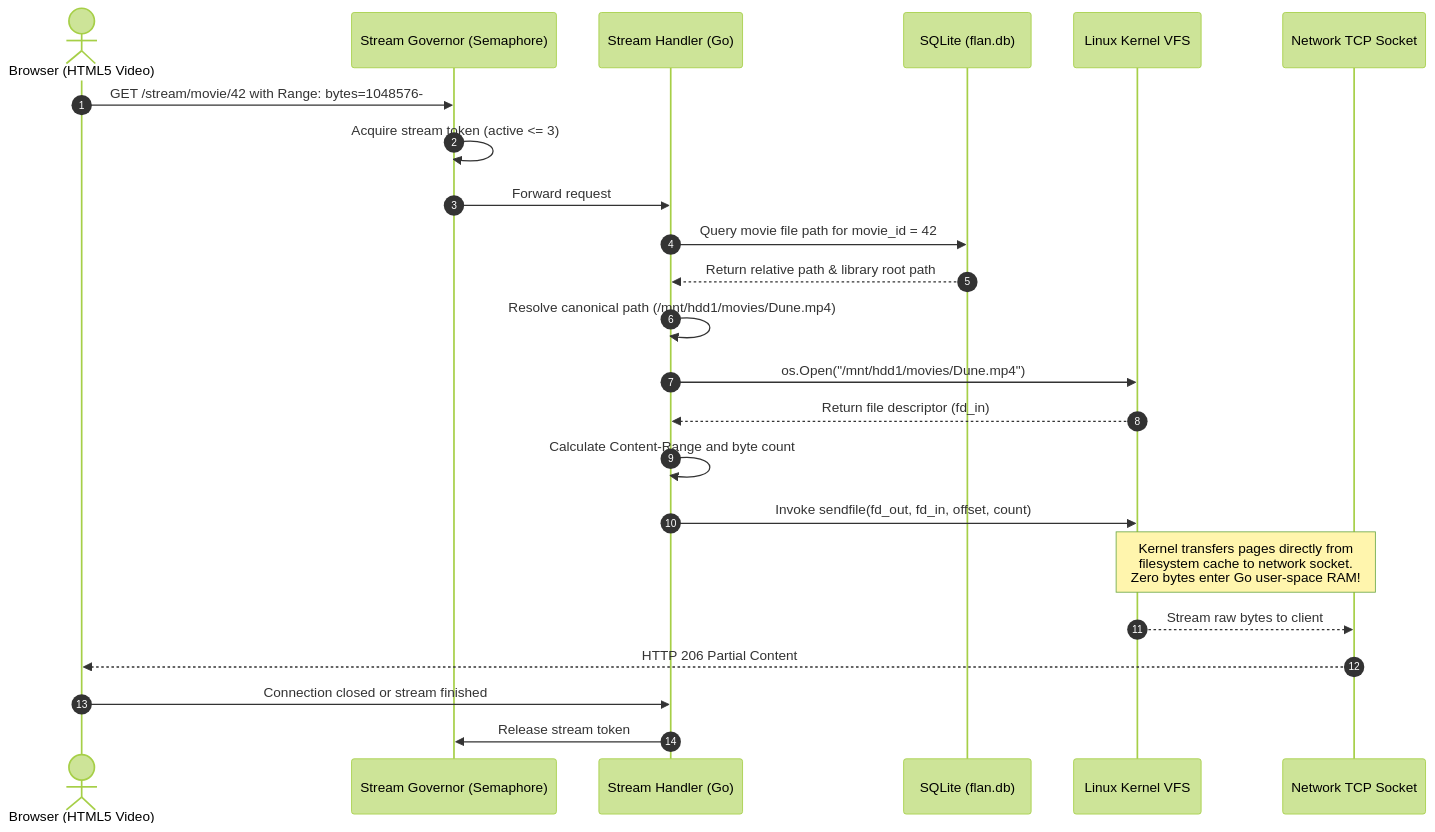
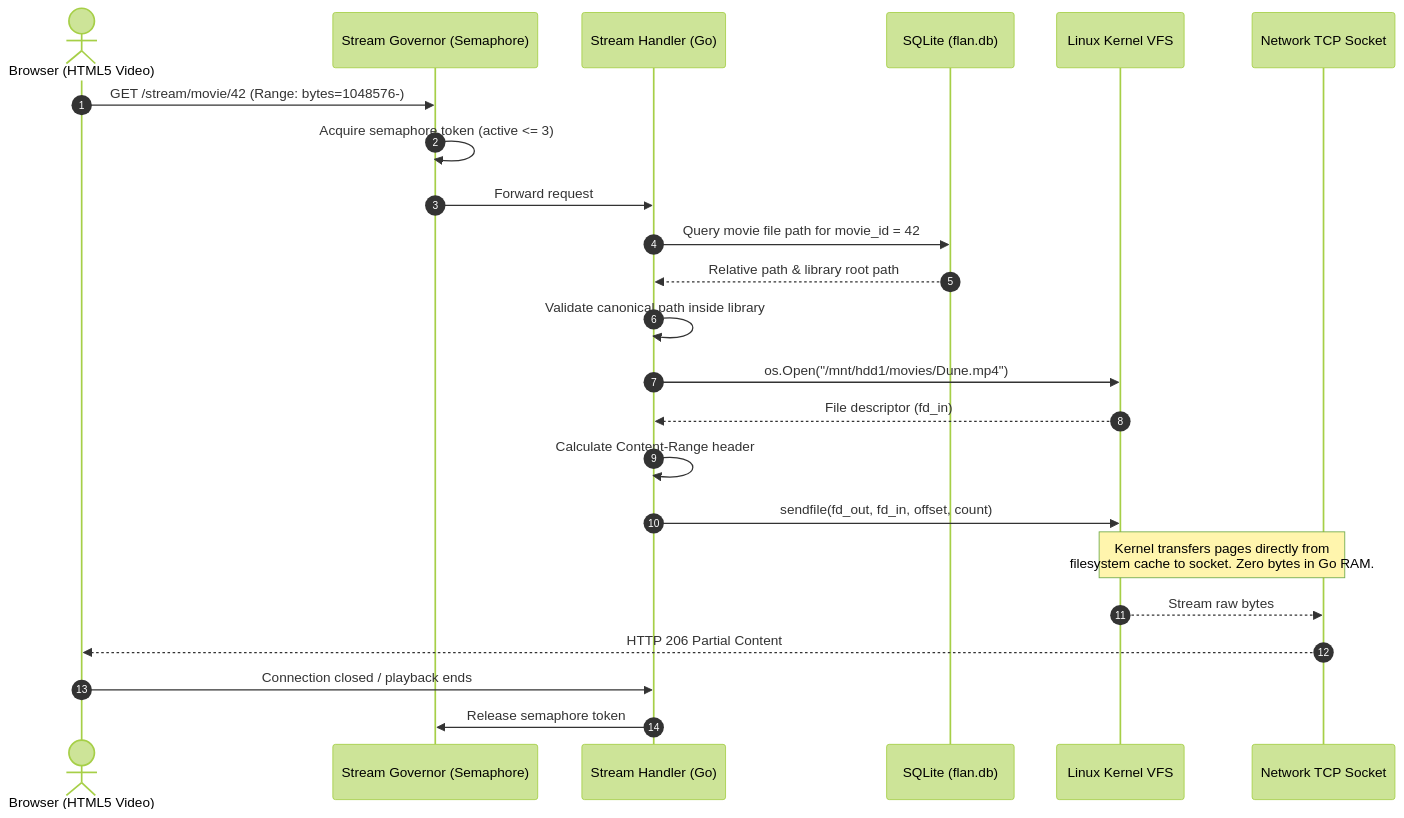
Before and after one commit to WesleyEsq/Flan-Media-Server: the third of 6 diagrams in docs/diagrams/data-flow.md, drawn with Mermaid (forest theme). The commit also changed other lines of this file and 14 other files, not shown here.

````diff
--- a/docs/diagrams/data-flow.md
+++ b/docs/diagrams/data-flow.md
@@ -122,32 +98,26 @@
 ```mermaid
 sequenceDiagram
     autonumber
     actor Client as Browser (HTML5 Video)
     participant Gov as Stream Governor (Semaphore)
     participant Handler as Stream Handler (Go)
     participant DB as SQLite (flan.db)
     participant VFS as Linux Kernel VFS
     participant Socket as Network TCP Socket
 
-    Client->>Gov: GET /stream/movie/42 with Range: bytes=1048576-
-    Gov->>Gov: Acquire stream token (active <= 3)
+    Client->>Gov: GET /stream/movie/42 (Range: bytes=1048576-)
+    Gov->>Gov: Acquire semaphore token (active <= 3)
     Gov->>Handler: Forward request
-
     Handler->>DB: Query movie file path for movie_id = 42
-    DB-->>Handler: Return relative path & library root path
-    Handler->>Handler: Resolve canonical path (/mnt/hdd1/movies/Dune.mp4)
-
+    DB-->>Handler: Relative path & library root path
+    Handler->>Handler: Validate canonical path inside library
     Handler->>VFS: os.Open("/mnt/hdd1/movies/Dune.mp4")
-    VFS-->>Handler: Return file descriptor (fd_in)
-
-    Handler->>Handler: Calculate Content-Range and byte count
-    Handler->>VFS: Invoke sendfile(fd_out, fd_in, offset, count)
-
-    Note over VFS,Socket: Kernel transfers pages directly from<br/>filesystem cache to network socket.<br/>Zero bytes enter Go user-space RAM!
-
-    VFS-->>Socket: Stream raw bytes to client
+    VFS-->>Handler: File descriptor (fd_in)
+    Handler->>Handler: Calculate Content-Range header
+    Handler->>VFS: sendfile(fd_out, fd_in, offset, count)
+    Note over VFS,Socket: Kernel transfers pages directly from<br/>filesystem cache to socket. Zero bytes in Go RAM.
+    VFS-->>Socket: Stream raw bytes
     Socket-->>Client: HTTP 206 Partial Content
-
-    Client->>Handler: Connection closed or stream finished
-    Handler->>Gov: Release stream token
+    Client->>Handler: Connection closed / playback ends
+    Handler->>Gov: Release semaphore token
 ```
````
